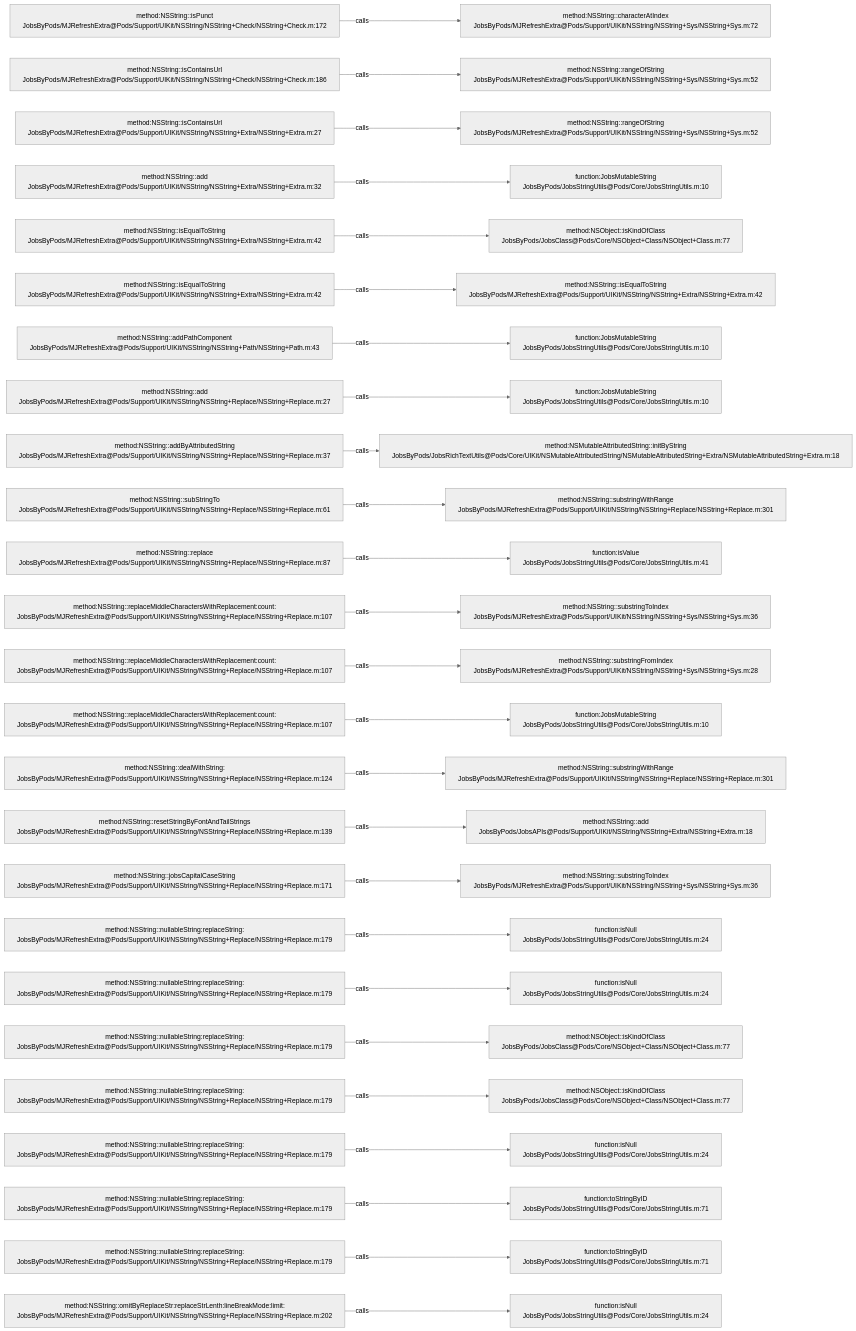
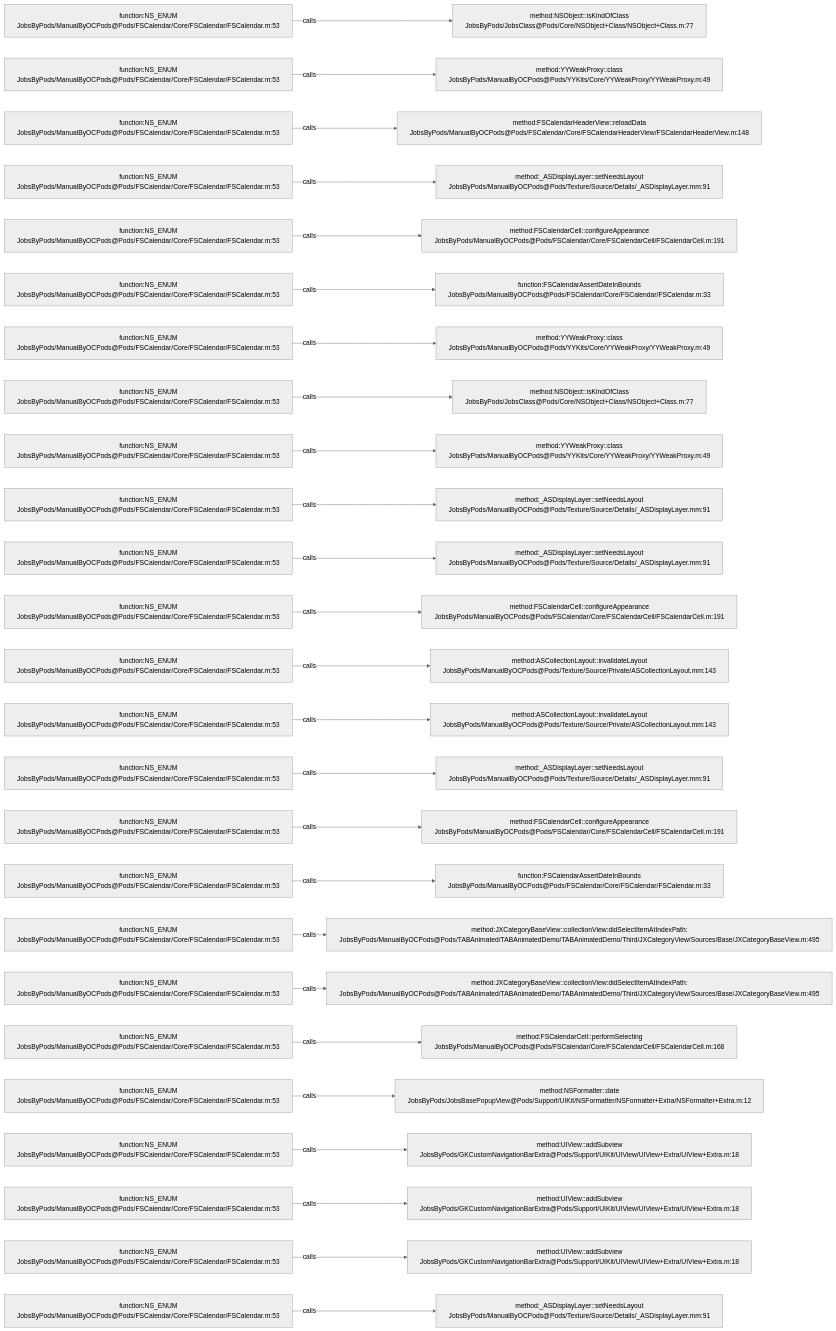
Before and after one commit to JobsKits/JobsOCBaseConfigDemo: the diagram in .codegraph/codegraph.md/graphs/calls-178.md, drawn with Mermaid (neutral theme). The commit also changed 639 other files, not shown here.

````diff
--- a/.codegraph/codegraph.md/graphs/calls-178.md
+++ b/.codegraph/codegraph.md/graphs/calls-178.md
@@ -13,78 +13,78 @@
 ```mermaid
 flowchart LR
-  S1["method:NSString::isPunct<br/>JobsByPods/MJRefreshExtra@Pods/Support/UIKit/NSString/NSString+Check/NSString+Check.m:172"]
-  T1["method:NSString::characterAtIndex<br/>JobsByPods/MJRefreshExtra@Pods/Support/UIKit/NSString/NSString+Sys/NSString+Sys.m:72"]
+  S1["function:NS_ENUM<br/>JobsByPods/ManualByOCPods@Pods/FSCalendar/Core/FSCalendar/FSCalendar.m:53"]
+  T1["method:NSObject::isKindOfClass<br/>JobsByPods/JobsClass@Pods/Core/NSObject+Class/NSObject+Class.m:77"]
   S1 -->|calls| T1
-  S2["method:NSString::isContainsUrl<br/>JobsByPods/MJRefreshExtra@Pods/Support/UIKit/NSString/NSString+Check/NSString+Check.m:186"]
-  T2["method:NSString::rangeOfString<br/>JobsByPods/MJRefreshExtra@Pods/Support/UIKit/NSString/NSString+Sys/NSString+Sys.m:52"]
+  S2["function:NS_ENUM<br/>JobsByPods/ManualByOCPods@Pods/FSCalendar/Core/FSCalendar/FSCalendar.m:53"]
+  T2["method:YYWeakProxy::class<br/>JobsByPods/ManualByOCPods@Pods/YYKits/Core/YYWeakProxy/YYWeakProxy.m:49"]
   S2 -->|calls| T2
-  S3["method:NSString::isContainsUrl<br/>JobsByPods/MJRefreshExtra@Pods/Support/UIKit/NSString/NSString+Extra/NSString+Extra.m:27"]
-  T3["method:NSString::rangeOfString<br/>JobsByPods/MJRefreshExtra@Pods/Support/UIKit/NSString/NSString+Sys/NSString+Sys.m:52"]
+  S3["function:NS_ENUM<br/>JobsByPods/ManualByOCPods@Pods/FSCalendar/Core/FSCalendar/FSCalendar.m:53"]
+  T3["method:FSCalendarHeaderView::reloadData<br/>JobsByPods/ManualByOCPods@Pods/FSCalendar/Core/FSCalendarHeaderView/FSCalendarHeaderView.m:148"]
   S3 -->|calls| T3
-  S4["method:NSString::add<br/>JobsByPods/MJRefreshExtra@Pods/Support/UIKit/NSString/NSString+Extra/NSString+Extra.m:32"]
-  T4["function:JobsMutableString<br/>JobsByPods/JobsStringUtils@Pods/Core/JobsStringUtils.m:10"]
+  S4["function:NS_ENUM<br/>JobsByPods/ManualByOCPods@Pods/FSCalendar/Core/FSCalendar/FSCalendar.m:53"]
+  T4["method:_ASDisplayLayer::setNeedsLayout<br/>JobsByPods/ManualByOCPods@Pods/Texture/Source/Details/_ASDisplayLayer.mm:91"]
   S4 -->|calls| T4
-  S5["method:NSString::isEqualToString<br/>JobsByPods/MJRefreshExtra@Pods/Support/UIKit/NSString/NSString+Extra/NSString+Extra.m:42"]
-  T5["method:NSObject::isKindOfClass<br/>JobsByPods/JobsClass@Pods/Core/NSObject+Class/NSObject+Class.m:77"]
+  S5["function:NS_ENUM<br/>JobsByPods/ManualByOCPods@Pods/FSCalendar/Core/FSCalendar/FSCalendar.m:53"]
+  T5["method:FSCalendarCell::configureAppearance<br/>JobsByPods/ManualByOCPods@Pods/FSCalendar/Core/FSCalendarCell/FSCalendarCell.m:191"]
   S5 -->|calls| T5
-  S6["method:NSString::isEqualToString<br/>JobsByPods/MJRefreshExtra@Pods/Support/UIKit/NSString/NSString+Extra/NSString+Extra.m:42"]
-  T6["method:NSString::isEqualToString<br/>JobsByPods/MJRefreshExtra@Pods/Support/UIKit/NSString/NSString+Extra/NSString+Extra.m:42"]
+  S6["function:NS_ENUM<br/>JobsByPods/ManualByOCPods@Pods/FSCalendar/Core/FSCalendar/FSCalendar.m:53"]
+  T6["function:FSCalendarAssertDateInBounds<br/>JobsByPods/ManualByOCPods@Pods/FSCalendar/Core/FSCalendar/FSCalendar.m:33"]
   S6 -->|calls| T6
-  S7["method:NSString::addPathComponent<br/>JobsByPods/MJRefreshExtra@Pods/Support/UIKit/NSString/NSString+Path/NSString+Path.m:43"]
-  T7["function:JobsMutableString<br/>JobsByPods/JobsStringUtils@Pods/Core/JobsStringUtils.m:10"]
+  S7["function:NS_ENUM<br/>JobsByPods/ManualByOCPods@Pods/FSCalendar/Core/FSCalendar/FSCalendar.m:53"]
+  T7["method:YYWeakProxy::class<br/>JobsByPods/ManualByOCPods@Pods/YYKits/Core/YYWeakProxy/YYWeakProxy.m:49"]
   S7 -->|calls| T7
-  S8["method:NSString::add<br/>JobsByPods/MJRefreshExtra@Pods/Support/UIKit/NSString/NSString+Replace/NSString+Replace.m:27"]
-  T8["function:JobsMutableString<br/>JobsByPods/JobsStringUtils@Pods/Core/JobsStringUtils.m:10"]
+  S8["function:NS_ENUM<br/>JobsByPods/ManualByOCPods@Pods/FSCalendar/Core/FSCalendar/FSCalendar.m:53"]
+  T8["method:NSObject::isKindOfClass<br/>JobsByPods/JobsClass@Pods/Core/NSObject+Class/NSObject+Class.m:77"]
   S8 -->|calls| T8
-  S9["method:NSString::addByAttributedString<br/>JobsByPods/MJRefreshExtra@Pods/Support/UIKit/NSString/NSString+Replace/NSString+Replace.m:37"]
-  T9["method:NSMutableAttributedString::initByString<br/>JobsByPods/JobsRichTextUtils@Pods/Core/UIKit/NSMutableAttributedString/NSMutableAttributedString+Extra/NSMutableAttributedString+Extra.m:18"]
+  S9["function:NS_ENUM<br/>JobsByPods/ManualByOCPods@Pods/FSCalendar/Core/FSCalendar/FSCalendar.m:53"]
+  T9["method:YYWeakProxy::class<br/>JobsByPods/ManualByOCPods@Pods/YYKits/Core/YYWeakProxy/YYWeakProxy.m:49"]
   S9 -->|calls| T9
-  S10["method:NSString::subStringTo<br/>JobsByPods/MJRefreshExtra@Pods/Support/UIKit/NSString/NSString+Replace/NSString+Replace.m:61"]
-  T10["method:NSString::substringWithRange<br/>JobsByPods/MJRefreshExtra@Pods/Support/UIKit/NSString/NSString+Replace/NSString+Replace.m:301"]
+  S10["function:NS_ENUM<br/>JobsByPods/ManualByOCPods@Pods/FSCalendar/Core/FSCalendar/FSCalendar.m:53"]
+  T10["method:_ASDisplayLayer::setNeedsLayout<br/>JobsByPods/ManualByOCPods@Pods/Texture/Source/Details/_ASDisplayLayer.mm:91"]
   S10 -->|calls| T10
-  S11["method:NSString::replace<br/>JobsByPods/MJRefreshExtra@Pods/Support/UIKit/NSString/NSString+Replace/NSString+Replace.m:87"]
-  T11["function:isValue<br/>JobsByPods/JobsStringUtils@Pods/Core/JobsStringUtils.m:41"]
+  S11["function:NS_ENUM<br/>JobsByPods/ManualByOCPods@Pods/FSCalendar/Core/FSCalendar/FSCalendar.m:53"]
+  T11["method:_ASDisplayLayer::setNeedsLayout<br/>JobsByPods/ManualByOCPods@Pods/Texture/Source/Details/_ASDisplayLayer.mm:91"]
   S11 -->|calls| T11
-  S12["method:NSString::replaceMiddleCharactersWithReplacement:count:<br/>JobsByPods/MJRefreshExtra@Pods/Support/UIKit/NSString/NSString+Replace/NSString+Replace.m:107"]
-  T12["method:NSString::substringToIndex<br/>JobsByPods/MJRefreshExtra@Pods/Support/UIKit/NSString/NSString+Sys/NSString+Sys.m:36"]
+  S12["function:NS_ENUM<br/>JobsByPods/ManualByOCPods@Pods/FSCalendar/Core/FSCalendar/FSCalendar.m:53"]
+  T12["method:FSCalendarCell::configureAppearance<br/>JobsByPods/ManualByOCPods@Pods/FSCalendar/Core/FSCalendarCell/FSCalendarCell.m:191"]
   S12 -->|calls| T12
-  S13["method:NSString::replaceMiddleCharactersWithReplacement:count:<br/>JobsByPods/MJRefreshExtra@Pods/Support/UIKit/NSString/NSString+Replace/NSString+Replace.m:107"]
-  T13["method:NSString::substringFromIndex<br/>JobsByPods/MJRefreshExtra@Pods/Support/UIKit/NSString/NSString+Sys/NSString+Sys.m:28"]
+  S13["function:NS_ENUM<br/>JobsByPods/ManualByOCPods@Pods/FSCalendar/Core/FSCalendar/FSCalendar.m:53"]
+  T13["method:ASCollectionLayout::invalidateLayout<br/>JobsByPods/ManualByOCPods@Pods/Texture/Source/Private/ASCollectionLayout.mm:143"]
   S13 -->|calls| T13
-  S14["method:NSString::replaceMiddleCharactersWithReplacement:count:<br/>JobsByPods/MJRefreshExtra@Pods/Support/UIKit/NSString/NSString+Replace/NSString+Replace.m:107"]
-  T14["function:JobsMutableString<br/>JobsByPods/JobsStringUtils@Pods/Core/JobsStringUtils.m:10"]
+  S14["function:NS_ENUM<br/>JobsByPods/ManualByOCPods@Pods/FSCalendar/Core/FSCalendar/FSCalendar.m:53"]
+  T14["method:ASCollectionLayout::invalidateLayout<br/>JobsByPods/ManualByOCPods@Pods/Texture/Source/Private/ASCollectionLayout.mm:143"]
   S14 -->|calls| T14
-  S15["method:NSString::dealWithString:<br/>JobsByPods/MJRefreshExtra@Pods/Support/UIKit/NSString/NSString+Replace/NSString+Replace.m:124"]
-  T15["method:NSString::substringWithRange<br/>JobsByPods/MJRefreshExtra@Pods/Support/UIKit/NSString/NSString+Replace/NSString+Replace.m:301"]
+  S15["function:NS_ENUM<br/>JobsByPods/ManualByOCPods@Pods/FSCalendar/Core/FSCalendar/FSCalendar.m:53"]
+  T15["method:_ASDisplayLayer::setNeedsLayout<br/>JobsByPods/ManualByOCPods@Pods/Texture/Source/Details/_ASDisplayLayer.mm:91"]
   S15 -->|calls| T15
-  S16["method:NSString::resetStringByFontAndTailStrings<br/>JobsByPods/MJRefreshExtra@Pods/Support/UIKit/NSString/NSString+Replace/NSString+Replace.m:139"]
-  T16["method:NSString::add<br/>JobsByPods/JobsAPIs@Pods/Support/UIKit/NSString/NSString+Extra/NSString+Extra.m:18"]
+  S16["function:NS_ENUM<br/>JobsByPods/ManualByOCPods@Pods/FSCalendar/Core/FSCalendar/FSCalendar.m:53"]
+  T16["method:FSCalendarCell::configureAppearance<br/>JobsByPods/ManualByOCPods@Pods/FSCalendar/Core/FSCalendarCell/FSCalendarCell.m:191"]
   S16 -->|calls| T16
-  S17["method:NSString::jobsCapitalCaseString<br/>JobsByPods/MJRefreshExtra@Pods/Support/UIKit/NSString/NSString+Replace/NSString+Replace.m:171"]
-  T17["method:NSString::substringToIndex<br/>JobsByPods/MJRefreshExtra@Pods/Support/UIKit/NSString/NSString+Sys/NSString+Sys.m:36"]
+  S17["function:NS_ENUM<br/>JobsByPods/ManualByOCPods@Pods/FSCalendar/Core/FSCalendar/FSCalendar.m:53"]
+  T17["function:FSCalendarAssertDateInBounds<br/>JobsByPods/ManualByOCPods@Pods/FSCalendar/Core/FSCalendar/FSCalendar.m:33"]
   S17 -->|calls| T17
-  S18["method:NSString::nullableString:replaceString:<br/>JobsByPods/MJRefreshExtra@Pods/Support/UIKit/NSString/NSString+Replace/NSString+Replace.m:179"]
-  T18["function:isNull<br/>JobsByPods/JobsStringUtils@Pods/Core/JobsStringUtils.m:24"]
+  S18["function:NS_ENUM<br/>JobsByPods/ManualByOCPods@Pods/FSCalendar/Core/FSCalendar/FSCalendar.m:53"]
+  T18["method:JXCategoryBaseView::collectionView:didSelectItemAtIndexPath:<br/>JobsByPods/ManualByOCPods@Pods/TABAnimated/TABAnimatedDemo/TABAnimatedDemo/Third/JXCategoryView/Sources/Base/JXCategoryBaseView.m:495"]
   S18 -->|calls| T18
-  S19["method:NSString::nullableString:replaceString:<br/>JobsByPods/MJRefreshExtra@Pods/Support/UIKit/NSString/NSString+Replace/NSString+Replace.m:179"]
-  T19["function:isNull<br/>JobsByPods/JobsStringUtils@Pods/Core/JobsStringUtils.m:24"]
+  S19["function:NS_ENUM<br/>JobsByPods/ManualByOCPods@Pods/FSCalendar/Core/FSCalendar/FSCalendar.m:53"]
+  T19["method:JXCategoryBaseView::collectionView:didSelectItemAtIndexPath:<br/>JobsByPods/ManualByOCPods@Pods/TABAnimated/TABAnimatedDemo/TABAnimatedDemo/Third/JXCategoryView/Sources/Base/JXCategoryBaseView.m:495"]
   S19 -->|calls| T19
-  S20["method:NSString::nullableString:replaceString:<br/>JobsByPods/MJRefreshExtra@Pods/Support/UIKit/NSString/NSString+Replace/NSString+Replace.m:179"]
-  T20["method:NSObject::isKindOfClass<br/>JobsByPods/JobsClass@Pods/Core/NSObject+Class/NSObject+Class.m:77"]
+  S20["function:NS_ENUM<br/>JobsByPods/ManualByOCPods@Pods/FSCalendar/Core/FSCalendar/FSCalendar.m:53"]
+  T20["method:FSCalendarCell::performSelecting<br/>JobsByPods/ManualByOCPods@Pods/FSCalendar/Core/FSCalendarCell/FSCalendarCell.m:168"]
   S20 -->|calls| T20
-  S21["method:NSString::nullableString:replaceString:<br/>JobsByPods/MJRefreshExtra@Pods/Support/UIKit/NSString/NSString+Replace/NSString+Replace.m:179"]
-  T21["method:NSObject::isKindOfClass<br/>JobsByPods/JobsClass@Pods/Core/NSObject+Class/NSObject+Class.m:77"]
+  S21["function:NS_ENUM<br/>JobsByPods/ManualByOCPods@Pods/FSCalendar/Core/FSCalendar/FSCalendar.m:53"]
+  T21["method:NSFormatter::date<br/>JobsByPods/JobsBasePopupView@Pods/Support/UIKit/NSFormatter/NSFormatter+Extra/NSFormatter+Extra.m:12"]
   S21 -->|calls| T21
-  S22["method:NSString::nullableString:replaceString:<br/>JobsByPods/MJRefreshExtra@Pods/Support/UIKit/NSString/NSString+Replace/NSString+Replace.m:179"]
-  T22["function:isNull<br/>JobsByPods/JobsStringUtils@Pods/Core/JobsStringUtils.m:24"]
+  S22["function:NS_ENUM<br/>JobsByPods/ManualByOCPods@Pods/FSCalendar/Core/FSCalendar/FSCalendar.m:53"]
+  T22["method:UIView::addSubview<br/>JobsByPods/GKCustomNavigationBarExtra@Pods/Support/UIKit/UIView/UIView+Extra/UIView+Extra.m:18"]
   S22 -->|calls| T22
-  S23["method:NSString::nullableString:replaceString:<br/>JobsByPods/MJRefreshExtra@Pods/Support/UIKit/NSString/NSString+Replace/NSString+Replace.m:179"]
-  T23["function:toStringByID<br/>JobsByPods/JobsStringUtils@Pods/Core/JobsStringUtils.m:71"]
+  S23["function:NS_ENUM<br/>JobsByPods/ManualByOCPods@Pods/FSCalendar/Core/FSCalendar/FSCalendar.m:53"]
+  T23["method:UIView::addSubview<br/>JobsByPods/GKCustomNavigationBarExtra@Pods/Support/UIKit/UIView/UIView+Extra/UIView+Extra.m:18"]
   S23 -->|calls| T23
-  S24["method:NSString::nullableString:replaceString:<br/>JobsByPods/MJRefreshExtra@Pods/Support/UIKit/NSString/NSString+Replace/NSString+Replace.m:179"]
-  T24["function:toStringByID<br/>JobsByPods/JobsStringUtils@Pods/Core/JobsStringUtils.m:71"]
+  S24["function:NS_ENUM<br/>JobsByPods/ManualByOCPods@Pods/FSCalendar/Core/FSCalendar/FSCalendar.m:53"]
+  T24["method:UIView::addSubview<br/>JobsByPods/GKCustomNavigationBarExtra@Pods/Support/UIKit/UIView/UIView+Extra/UIView+Extra.m:18"]
   S24 -->|calls| T24
-  S25["method:NSString::omitByReplaceStr:replaceStrLenth:lineBreakMode:limit:<br/>JobsByPods/MJRefreshExtra@Pods/Support/UIKit/NSString/NSString+Replace/NSString+Replace.m:202"]
-  T25["function:isNull<br/>JobsByPods/JobsStringUtils@Pods/Core/JobsStringUtils.m:24"]
+  S25["function:NS_ENUM<br/>JobsByPods/ManualByOCPods@Pods/FSCalendar/Core/FSCalendar/FSCalendar.m:53"]
+  T25["method:_ASDisplayLayer::setNeedsLayout<br/>JobsByPods/ManualByOCPods@Pods/Texture/Source/Details/_ASDisplayLayer.mm:91"]
   S25 -->|calls| T25
 ```
````
